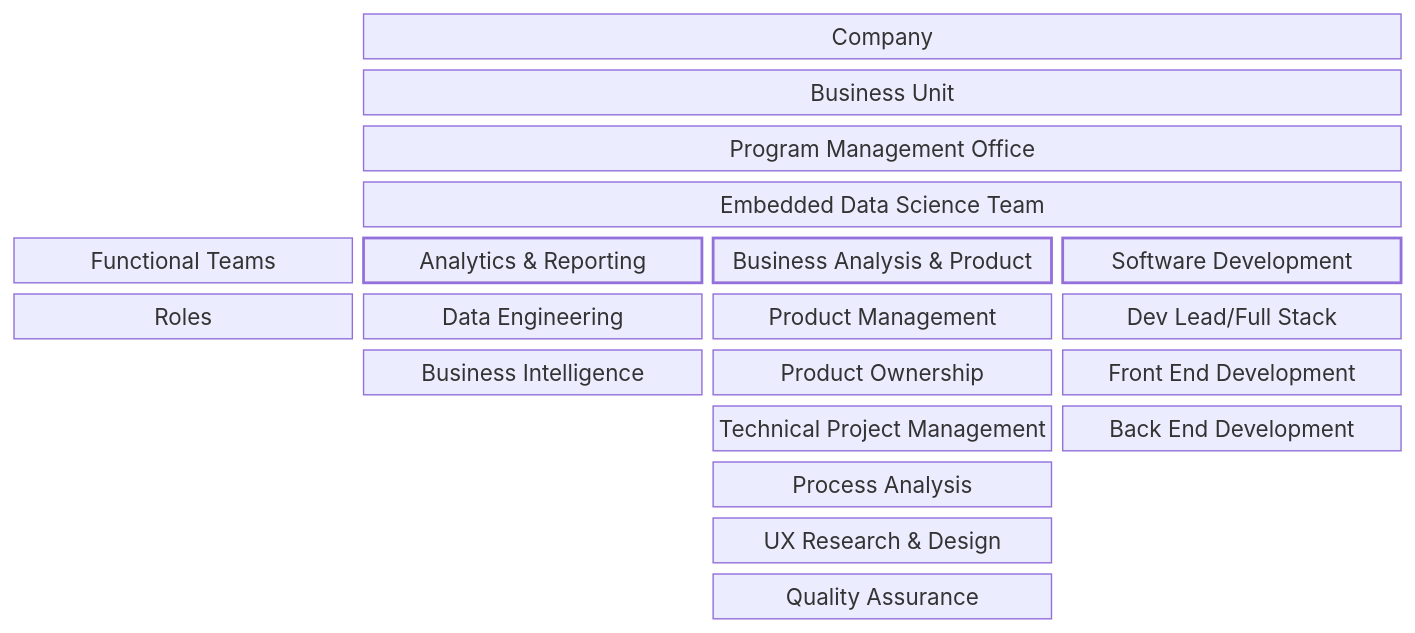
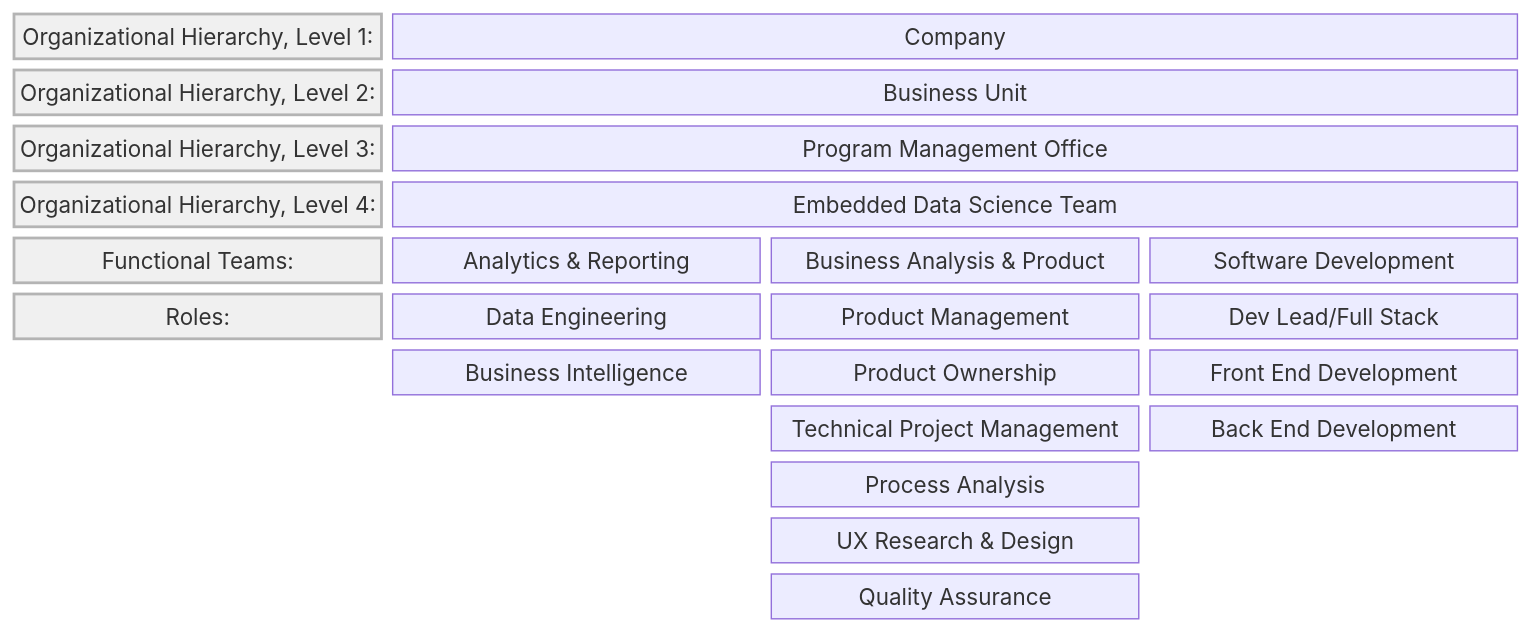
Before and after one commit to JaimieLD/portfolio: the diagram in in_progress_documentation/operating_model.md, drawn with Mermaid. The commit also changed other lines of this file, not shown here.

Commit message:
Update operating_model.md
Built out Functional model diagram and added styling

````diff
--- a/in_progress_documentation/operating_model.md
+++ b/in_progress_documentation/operating_model.md
@@ -6,61 +7,68 @@
 ```mermaid
 
 block-beta
 
 columns 4
 
 %% business hierarchy
-space id01["Company"]:3
-space id02["Business Unit"]:3
-space id92["Program Management Office"]:3
-space id03["Embedded Data Science Team"]:3
+id01["Organizational Hierarchy, Level 1:"]
+id02["Company"]:3
+id03["Organizational Hierarchy, Level 2:"]
+id04["Business Unit"]:3
+id05["Organizational Hierarchy, Level 3:"]
+id06["Program Management Office"]:3
+id07["Organizational Hierarchy, Level 4:"]
+id08["Embedded Data Science Team"]:3
 
 %% verticals
-id90["Functional Teams"]
-id04["Analytics & Reporting"]
-id05["Business Analysis & Product"]
-id06["Software Development"]
+id09["Functional Teams:"]
+id10["Analytics & Reporting"]
+id11["Business Analysis & Product"]
+id12["Software Development"]
 
 %% row 1
-id91["Roles"]
-id07["Data Engineering"]
-id08["Product Management"]
-id09["Dev Lead/Full Stack"]
+id13["Roles:"]
+id14["Data Engineering"]
+id15["Product Management"]
+id16["Dev Lead/Full Stack"]
 
 %% row 2
 space
-id10["Business Intelligence"]
-id11["Product Ownership"]
-id12["Front End Development"]
+id17["Business Intelligence"]
+id18["Product Ownership"]
+id19["Front End Development"]
 
 %% row 3
 space
 space
-id13["Technical Project Management"]
-id14["Back End Development"]
+id20["Technical Project Management"]
+id21["Back End Development"]
 
 %% row 4
 space
 space
-id15["Process Analysis"]
+id22["Process Analysis"]
 space
 
 %% row 5
 space
 space
-id16["UX Research & Design"]
+id23["UX Research & Design"]
 space
 
 %% row 6
 space
 space
-id17["Quality Assurance"]
+id24["Quality Assurance"]
 space
 
-%% styling
-style id04 stroke-width:2px
-style id05 stroke-width:2px
-style id06 stroke-width:2px
+%% row label styling
+style id01 fill:#f0f0f0,stroke:#b4b4b4,stroke-width:2px
+style id03 fill:#f0f0f0,stroke:#b4b4b4,stroke-width:2px
+style id05 fill:#f0f0f0,stroke:#b4b4b4,stroke-width:2px
+style id07 fill:#f0f0f0,stroke:#b4b4b4,stroke-width:2px
+style id09 fill:#f0f0f0,stroke:#b4b4b4,stroke-width:2px
+style id13 fill:#f0f0f0,stroke:#b4b4b4,stroke-width:2px
 
 
 ```
````
